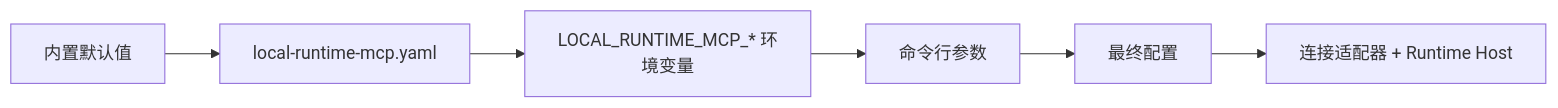
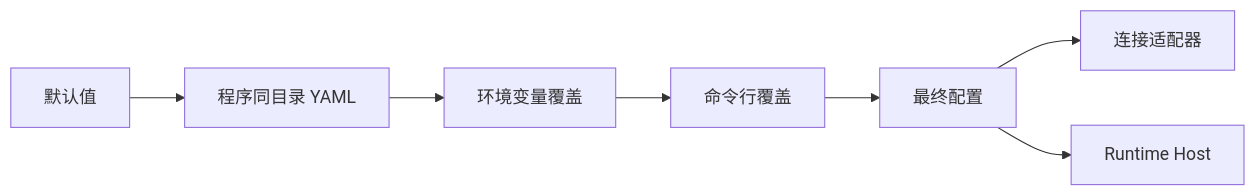
Before and after one commit to hicancan/local-runtime-mcp: the second of 7 diagrams in README.zh-CN.md, drawn with Mermaid. The commit also changed other lines of this file and 65 other files, not shown here.

````diff
--- a/README.zh-CN.md
+++ b/README.zh-CN.md
@@ -139,8 +100,9 @@
 ```mermaid
 flowchart LR
-    D[内置默认值] --> Y[local-runtime-mcp.yaml]
-    Y --> E[LOCAL_RUNTIME_MCP_* 环境变量]
-    E --> A[命令行参数]
-    A --> R[最终配置]
-    R --> H[连接适配器 + Runtime Host]
+    Defaults[默认值] --> YAML[程序同目录 YAML]
+    YAML --> Environment[环境变量覆盖]
+    Environment --> Flags[命令行覆盖]
+    Flags --> Config[最终配置]
+    Config --> Connection[连接适配器]
+    Config --> Host[Runtime Host]
 ```
````
